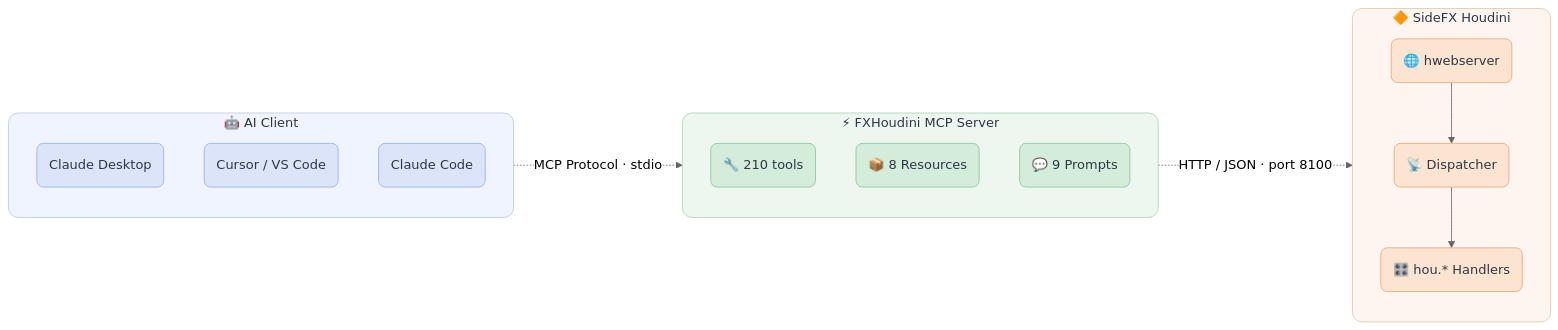
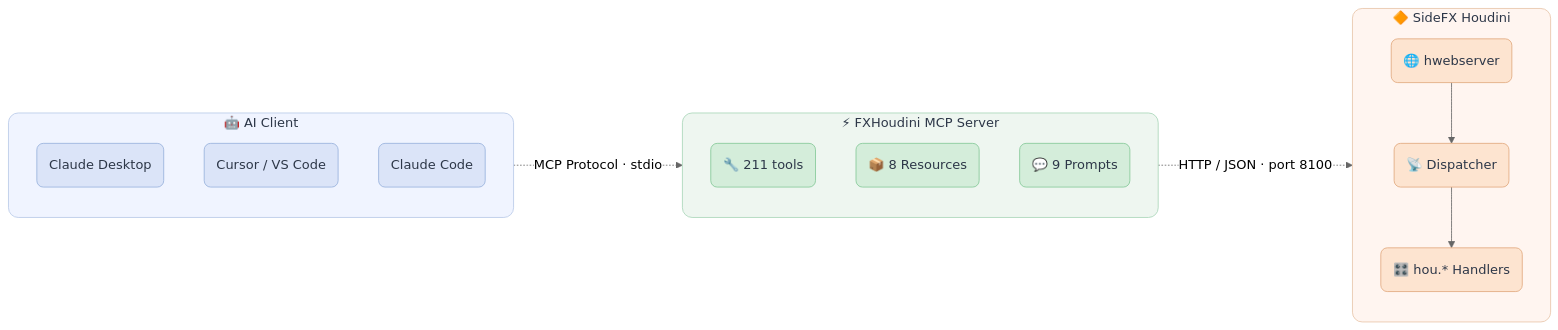
Before and after one commit to d-potrivaev/fxhoudinimcp: the diagram in README.md, drawn with Mermaid (neutral theme). The commit also changed other lines of this file and 8 other files, not shown here.

````diff
--- a/README.md
+++ b/README.md
@@ -80,42 +80,42 @@
 ```mermaid
 flowchart LR
     subgraph Client[" 🤖 AI Client "]
         direction TB
         A1("Claude Desktop")
         A2("Cursor / VS Code")
         A3("Claude Code")
     end
 
     subgraph MCP[" ⚡ FXHoudini MCP Server "]
         direction TB
-        B1("🔧 210 tools")
+        B1("🔧 211 tools")
         B2("📦 8 Resources")
         B3("💬 9 Prompts")
     end
 
     subgraph Houdini[" 🔶 SideFX Houdini "]
         direction TB
         C1("🌐 hwebserver")
         C2("📡 Dispatcher")
         C3("🎛️ hou.* Handlers")
         C1 --> C2 --> C3
     end
 
     Client -. "MCP Protocol · stdio" .-> MCP
     MCP -. "HTTP / JSON · port 8100" .-> Houdini
 
     classDef clientBox fill:#f0f4ff,stroke:#b8c9e8,stroke-width:1px,color:#2d3748,rx:12,ry:12
     classDef mcpBox fill:#eef6f0,stroke:#a8d5b8,stroke-width:1px,color:#2d3748,rx:12,ry:12
     classDef houdiniBox fill:#fff5f0,stroke:#e8c4a8,stroke-width:1px,color:#2d3748,rx:12,ry:12
 
     classDef clientNode fill:#dbe4f8,stroke:#96b0dc,stroke-width:1px,color:#2d3748,rx:8,ry:8
     classDef mcpNode fill:#d4edda,stroke:#82c896,stroke-width:1px,color:#2d3748,rx:8,ry:8
     classDef houdiniNode fill:#fde4d0,stroke:#e0a87c,stroke-width:1px,color:#2d3748,rx:8,ry:8
 
     class Client clientBox
     class MCP mcpBox
     class Houdini houdiniBox
     class A1,A2,A3 clientNode
     class B1,B2,B3 mcpNode
     class C1,C2,C3 houdiniNode
 ```
````
